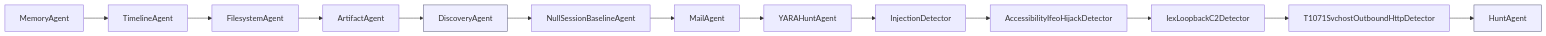
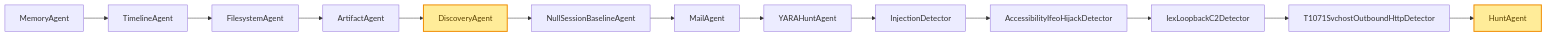
Before and after one commit to galvangabriel-web/agentropix-mcp: the diagram in docs/04-mcp-tools/tool-by-agent.md, drawn with Mermaid. The commit also changed 3 other files, not shown here.

First line of the commit message:
Convert C4 diagrams to flowcharts (GitLab can't render C4) + apply palette

````diff
--- a/docs/04-mcp-tools/tool-by-agent.md
+++ b/docs/04-mcp-tools/tool-by-agent.md
@@ -22,9 +22,9 @@
 ```mermaid
 graph LR
   M[MemoryAgent] --> T[TimelineAgent] --> F[FilesystemAgent] --> A[ArtifactAgent] --> D[DiscoveryAgent]
   D --> NS[NullSessionBaselineAgent] --> ML[MailAgent] --> YH[YARAHuntAgent]
   YH --> IJ[InjectionDetector] --> IF[AccessibilityIfeoHijackDetector]
   IF --> IX[IexLoopbackC2Detector] --> SV[T1071SvchostOutboundHttpDetector] --> H[HuntAgent]
-  classDef derived fill:#eef,stroke:#557;
+  classDef derived fill:#ffec99,stroke:#f08c00,color:#5c4400,stroke-width:2px;
   class D,H derived;
 ```
````
